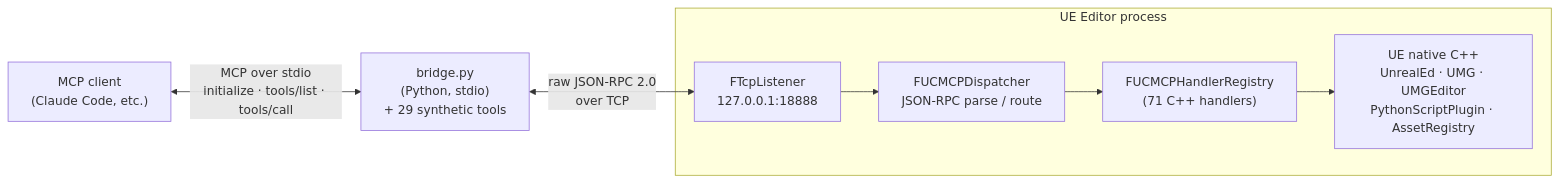
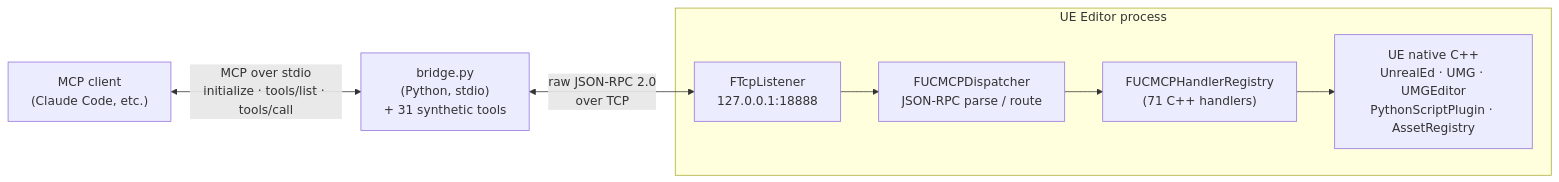
One commit to daveCode-dot/UnrealClaudeMCP changed the first of 2 diagrams in docs/ARCHITECTURE.md. Above: the diagram before and after it, drawn with Mermaid. The commit also changed 25 other files, not shown here.

````diff
--- a/docs/ARCHITECTURE.md
+++ b/docs/ARCHITECTURE.md
@@ -5,18 +5,18 @@
 ```mermaid
 flowchart LR
     Client["MCP client<br/>(Claude Code, etc.)"]
-    Bridge["bridge.py<br/>(Python, stdio)<br/>+ 29 synthetic tools"]
+    Bridge["bridge.py<br/>(Python, stdio)<br/>+ 31 synthetic tools"]
 
     subgraph UE["UE Editor process"]
         TCP["FTcpListener<br/>127.0.0.1:18888"]
         Disp["FUCMCPDispatcher<br/>JSON-RPC parse / route"]
         Reg["FUCMCPHandlerRegistry<br/>(71 C++ handlers)"]
         Native["UE native C++<br/>UnrealEd · UMG · UMGEditor<br/>PythonScriptPlugin · AssetRegistry"]
     end
 
     Client <-->|"MCP over stdio<br/>initialize · tools/list · tools/call"| Bridge
     Bridge <-->|"raw JSON-RPC 2.0<br/>over TCP"| TCP
     TCP --> Disp
     Disp --> Reg
     Reg --> Native
 ```
````
